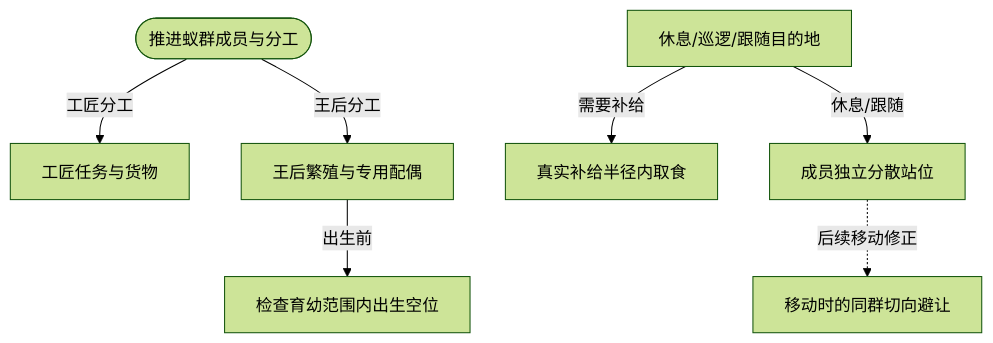
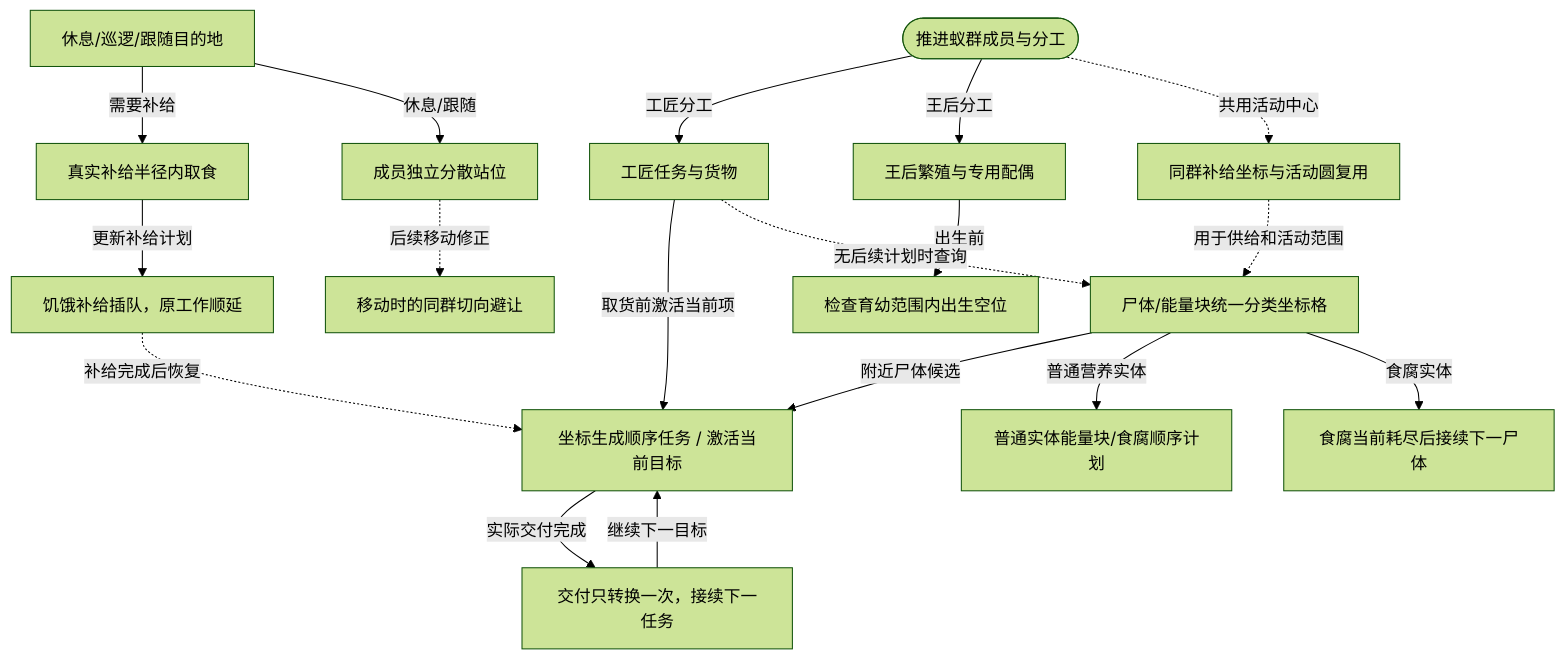
Before and after one commit to xhs6666/Darwin_paradise: the sixth of 12 diagrams in Docs/运行流程图/主流程.md, drawn with Mermaid (forest theme). The commit also changed other lines of this file and 233 other files, not shown here.

````diff
--- a/Docs/运行流程图/主流程.md
+++ b/Docs/运行流程图/主流程.md
@@ -244,18 +262,36 @@
 ```mermaid
 flowchart TD
   n0(["推进蚁群成员与分工"])
   n1["工匠任务与货物"]
   n2["王后繁殖与专用配偶"]
   n3["检查育幼范围内出生空位"]
   n4["休息/巡逻/跟随目的地"]
   n5["真实补给半径内取食"]
   n6["成员独立分散站位"]
   n7["移动时的同群切向避让"]
+  queue["坐标生成顺序任务 / 激活当前目标"]
+  foodqueue["饥饿补给插队，原工作顺延"]
+  complete["交付只转换一次，接续下一任务"]
+  resourcegrid["尸体/能量块统一分类坐标格"]
+  groupcoords["同群补给坐标与活动圆复用"]
+  ordinaryplan["普通实体能量块/食腐顺序计划"]
+  corpseplan["食腐当前耗尽后接续下一尸体"]
   n0 -->|"工匠分工"| n1
   n0 -->|"王后分工"| n2
   n2 -->|"出生前"| n3
   n4 -->|"需要补给"| n5
   n4 -->|"休息/跟随"| n6
   n6 -. "后续移动修正" .-> n7
+  resourcegrid -->|"附近尸体候选"| queue
+  foodqueue -. "补给完成后恢复" .-> queue
+  queue -->|"实际交付完成"| complete
+  complete -->|"继续下一目标"| queue
+  groupcoords -. "用于供给和活动范围" .-> resourcegrid
+  n1 -->|"取货前激活当前项"| queue
+  n5 -->|"更新补给计划"| foodqueue
+  n1 -. "无后续计划时查询" .-> resourcegrid
+  n0 -. "共用活动中心" .-> groupcoords
+  resourcegrid -->|"普通营养实体"| ordinaryplan
+  resourcegrid -->|"食腐实体"| corpseplan
 
 ```
````
